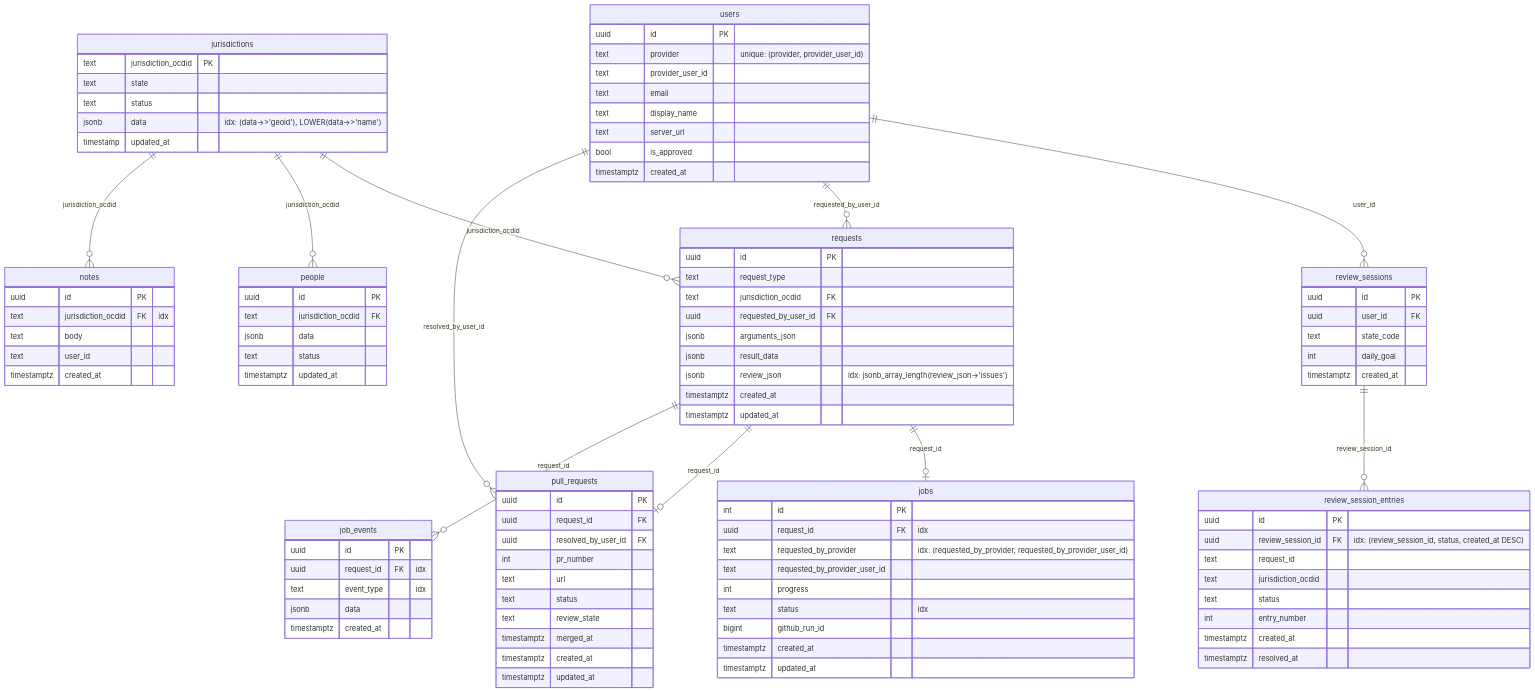
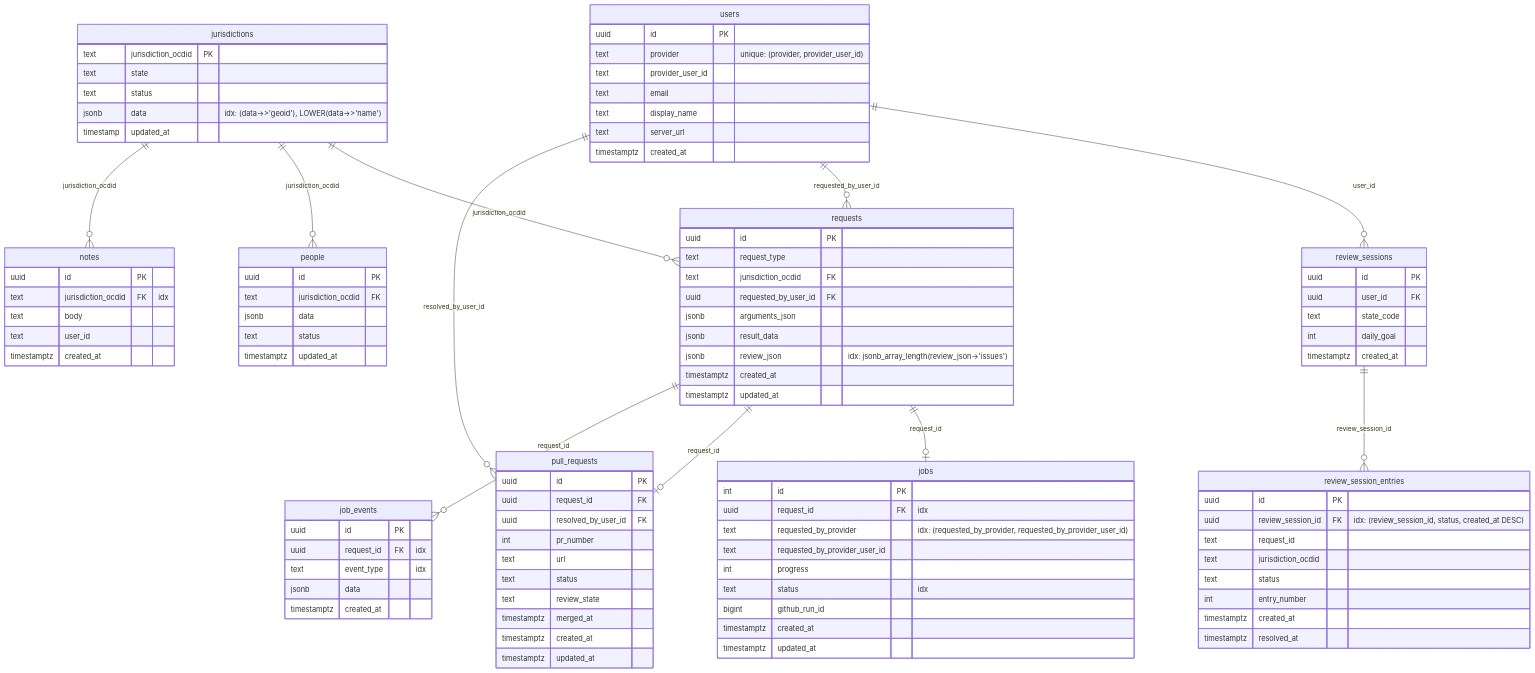
One commit to CivicPatch/civicpatch-tools changed the diagram in civicpatch.org/DATABASE.md. Above: the diagram before and after it, drawn with Mermaid. The commit also changed 3 other files, not shown here.

```diff
--- a/civicpatch.org/DATABASE.md
+++ b/civicpatch.org/DATABASE.md
@@ -12,7 +12,6 @@
         text email
         text display_name
         text server_url
-        bool is_approved
         timestamptz created_at
     }
 
```
